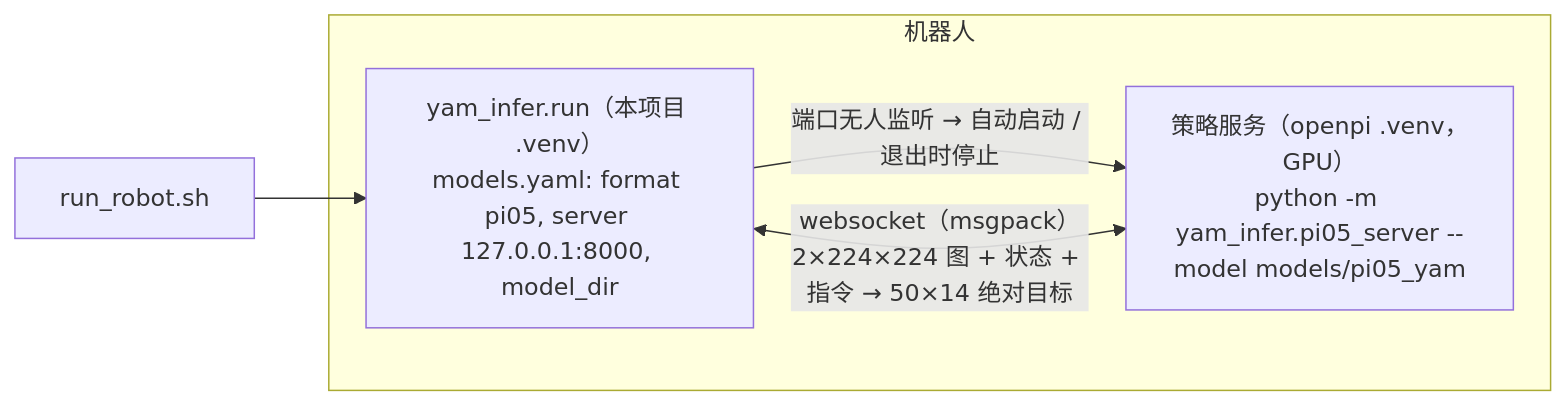
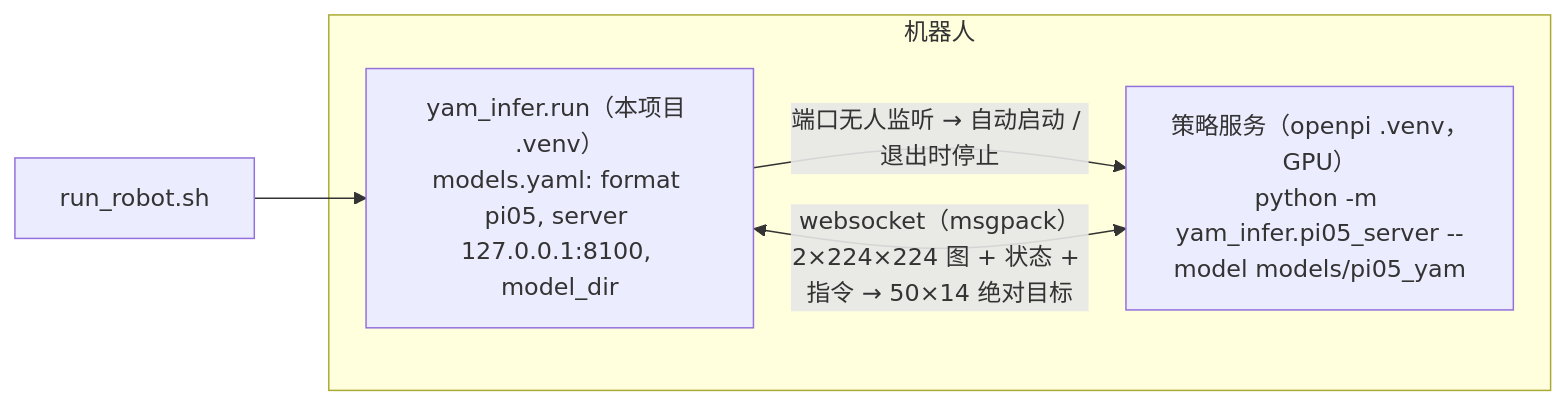
One commit to FuFutheBest/yam_infer changed the sixth of 6 diagrams in docs/03_scripts.md. Above: the diagram before and after it, drawn with Mermaid. The commit also changed other lines of this file and 4 other files, not shown here.

````diff
--- a/docs/03_scripts.md
+++ b/docs/03_scripts.md
@@ -222,10 +222,10 @@
 ```mermaid
 flowchart LR
     RR["run_robot.sh"] --> Y
     subgraph R["机器人"]
-        Y["yam_infer.run（本项目 .venv）<br/>models.yaml: format pi05, server 127.0.0.1:8000, model_dir"]
+        Y["yam_infer.run（本项目 .venv）<br/>models.yaml: format pi05, server 127.0.0.1:8100, model_dir"]
         S["策略服务（openpi .venv，GPU）<br/>python -m yam_infer.pi05_server --model models/pi05_yam"]
     end
     Y -->|"端口无人监听 → 自动启动 / 退出时停止"| S
     Y <-->|"websocket（msgpack）<br/>2×224×224 图 + 状态 + 指令 → 50×14 绝对目标"| S
 ```
````
